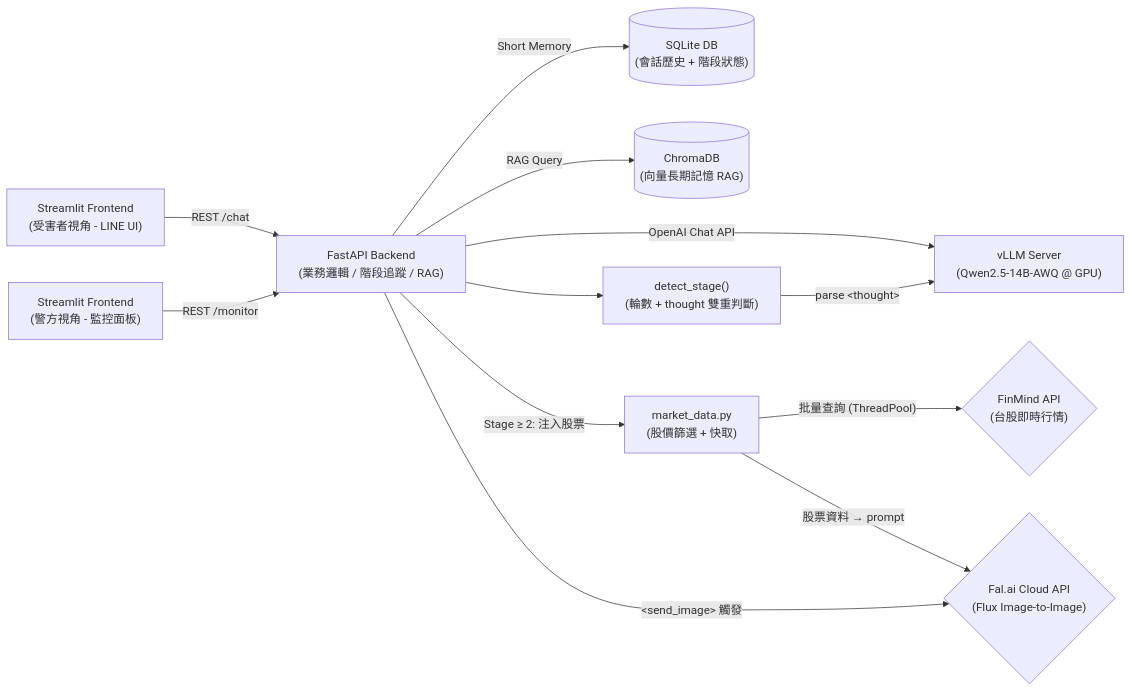
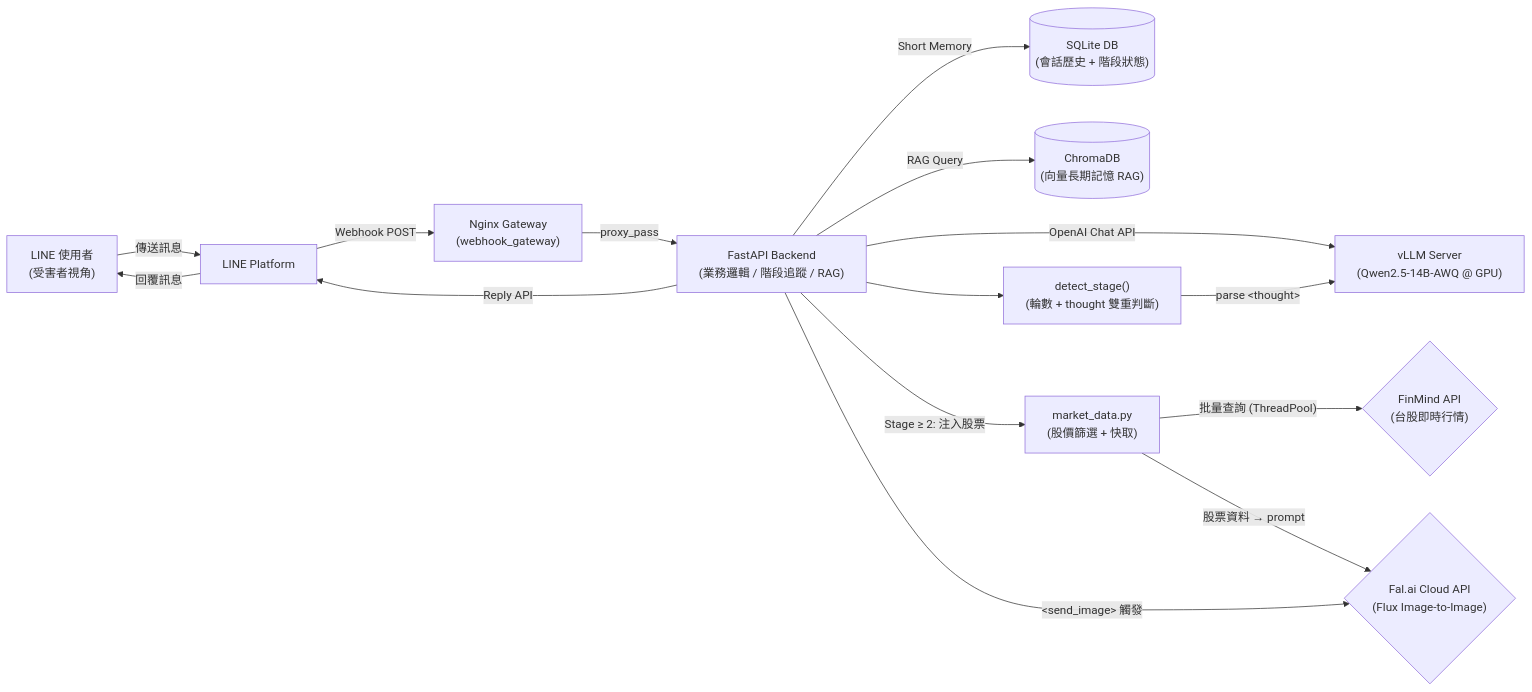
The first of 2 diagrams in docs/architecture.md (diadia0000/cheatbot), drawn with Mermaid before and after one commit. The commit also changed other lines of this file and 6 other files, not shown here.

Commit message:
feat: Upgrade LLM to Qwen2.5-32B-Instruct-AWQ, remove Streamlit frontend, and add utility scripts for model download and database clearing.

````diff
--- a/docs/architecture.md
+++ b/docs/architecture.md
@@ -5,25 +5,29 @@
 ```mermaid
 flowchart LR
-    VictimUI["Streamlit Frontend<br/>(受害者視角 - LINE UI)"]
-    PoliceUI["Streamlit Frontend<br/>(警方視角 - 監控面板)"]
-    FastAPI["FastAPI Backend<br/>(業務邏輯 / 階段追蹤 / RAG)"]
-    SQLite[("SQLite DB<br/>(會話歷史 + 階段狀態)")]
-    ChromaDB[("ChromaDB<br/>(向量長期記憶 RAG)")]
-    vLLM["vLLM Server<br/>(Qwen2.5-14B-AWQ @ GPU)"]
-    FalAPI{"Fal.ai Cloud API<br/>(Flux Image-to-Image)"}
-    FinMind{"FinMind API<br/>(台股即時行情)"}
-    MarketData["market_data.py<br/>(股價篩選 + 快取)"]
-    StageDetect["detect_stage()<br/>(輪數 + thought 雙重判斷)"]
+    LINEUser["LINE 使用者\n(受害者視角)"]
+    LINEPlatform["LINE Platform"]
+    Nginx["Nginx Gateway\n(webhook_gateway)"]
+    FastAPI["FastAPI Backend\n(業務邏輯 / 階段追蹤 / RAG)"]
+    SQLite[("SQLite DB\n(會話歷史 + 階段狀態)")]
+    ChromaDB[("ChromaDB\n(向量長期記憶 RAG)")]
+    vLLM["vLLM Server\n(Qwen2.5-14B-AWQ @ GPU)"]
+    FalAPI{"Fal.ai Cloud API\n(Flux Image-to-Image)"}
+    FinMind{"FinMind API\n(台股即時行情)"}
+    MarketData["market_data.py\n(股價篩選 + 快取)"]
+    StageDetect["detect_stage()\n(輪數 + thought 雙重判斷)"]
 
-    VictimUI -->|"REST /chat"| FastAPI
-    PoliceUI -->|"REST /monitor"| FastAPI
+    LINEUser -->|"傳送訊息"| LINEPlatform
+    LINEPlatform -->|"Webhook POST"| Nginx
+    Nginx -->|"proxy_pass"| FastAPI
+    FastAPI -->|"Reply API"| LINEPlatform
+    LINEPlatform -->|"回覆訊息"| LINEUser
     FastAPI -->|Short Memory| SQLite
     FastAPI -->|RAG Query| ChromaDB
     FastAPI -->|OpenAI Chat API| vLLM
     FastAPI --> StageDetect
     StageDetect -->|"parse &lt;thought&gt;"| vLLM
     FastAPI -->|"Stage ≥ 2: 注入股票"| MarketData
     MarketData -->|"批量查詢 (ThreadPool)"| FinMind
     FastAPI -->|"&lt;send_image&gt; 觸發"| FalAPI
     MarketData -->|"股票資料 → prompt"| FalAPI
 ```
````
